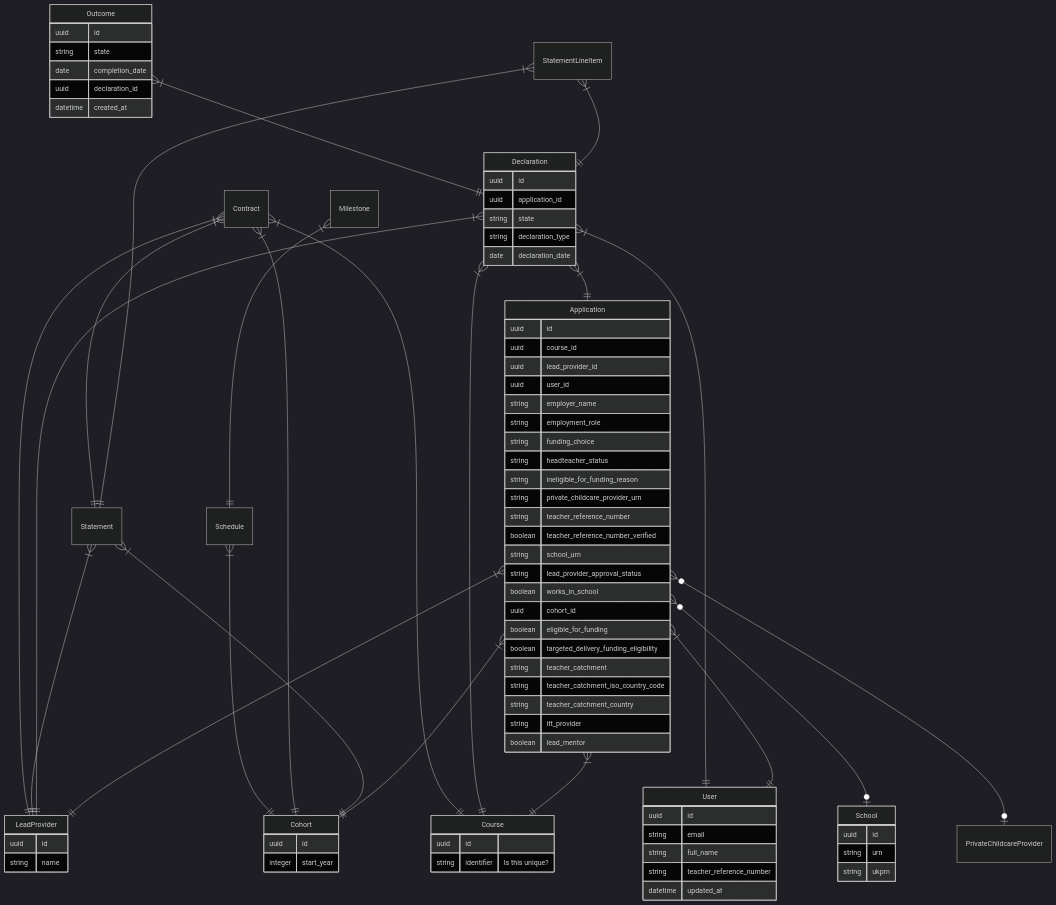
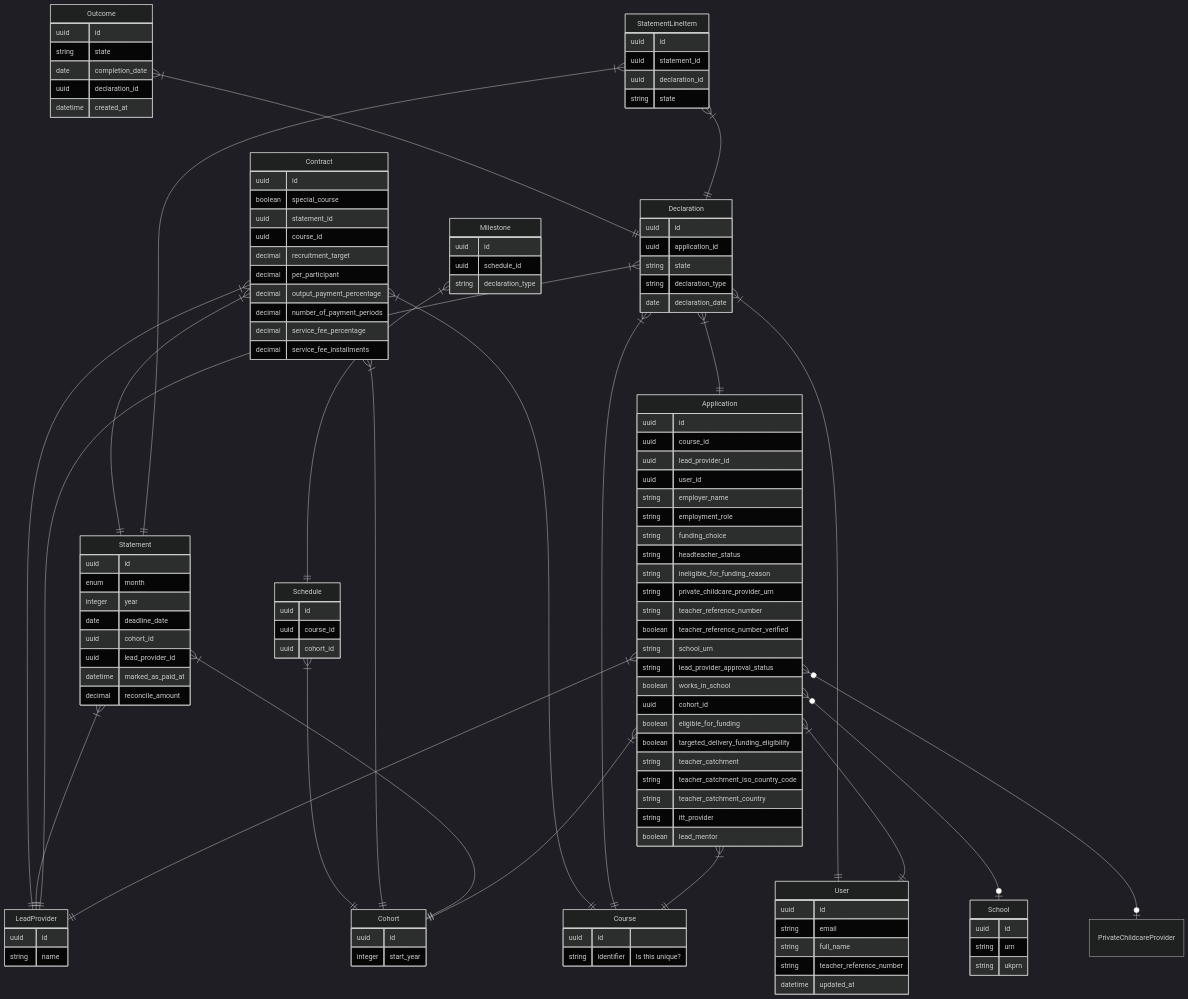
Before and after one commit to DFE-Digital/npq-separation: the second of 4 diagrams in data-modelling.md, drawn with Mermaid (dark theme). The commit also changed other lines of this file, not shown here.

Commit message:
statement and calculator model and fields added

````diff
--- a/data-modelling.md
+++ b/data-modelling.md
@@ -133,4 +133,47 @@
         string urn
         string ukprn
     }
+
+    Statement {
+        uuid id
+        enum month
+        integer year
+        date deadline_date
+        uuid cohort_id
+        uuid lead_provider_id
+        datetime marked_as_paid_at
+        decimal reconcile_amount
+    }
+
+    Contract {
+        uuid id
+        boolean special_course
+        uuid statement_id
+        uuid course_id
+        decimal recruitment_target
+        decimal per_participant
+        decimal output_payment_percentage
+        decimal number_of_payment_periods
+        decimal service_fee_percentage
+        decimal service_fee_installments
+    }
+
+    StatementLineItem {
+        uuid id
+        uuid statement_id
+        uuid declaration_id
+        string state
+    }
+
+    Schedule {
+        uuid id
+        uuid course_id
+        uuid cohort_id
+    }
+
+    Milestone {
+        uuid id
+        uuid schedule_id
+        string declaration_type
+    }
 ```
````
